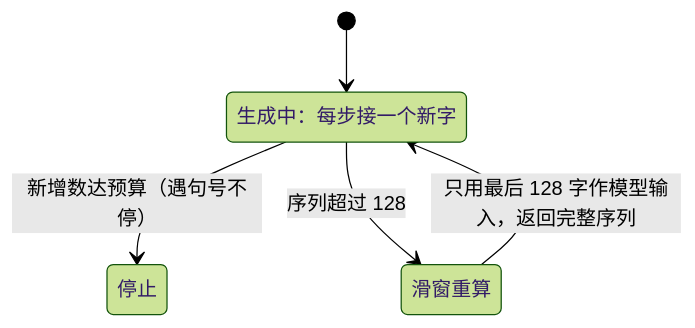
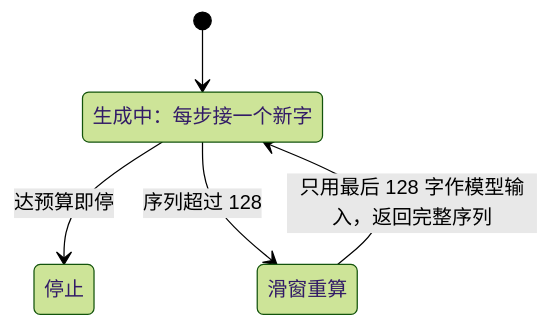
One commit to cluster1900/zero2llm changed the fourth of 4 diagrams in chapters/08_baby_transformer.md. Above: the diagram before and after it, drawn with Mermaid (forest theme). The commit also changed 11 other files, not shown here.

First line of the commit message:
D5 review fix: shorten state-diagram edge labels to avoid mid-word wrap

````diff
--- a/chapters/08_baby_transformer.md
+++ b/chapters/08_baby_transformer.md
@@ -207,10 +207,10 @@
 ```mermaid
 stateDiagram-v2
     %% id: p08-generate-stop
     accTitle: S0 生成循环：预算停、句号不停、超长就滑窗重算
     accDescr: 生成中每步接一个新字；新增数达预算就停且遇句号不停；序列超过 128 时只用最后 128 字作模型输入并把位置重编为 0–127，返回仍是完整序列。
     [*] --> 生成中：每步接一个新字
-    生成中：每步接一个新字 --> 停止: 新增数达预算（遇句号不停）
+    生成中：每步接一个新字 --> 停止: 达预算即停
     生成中：每步接一个新字 --> 滑窗重算: 序列超过 128
     滑窗重算 --> 生成中：每步接一个新字: 只用最后 128 字作模型输入，返回完整序列
 ```
````
